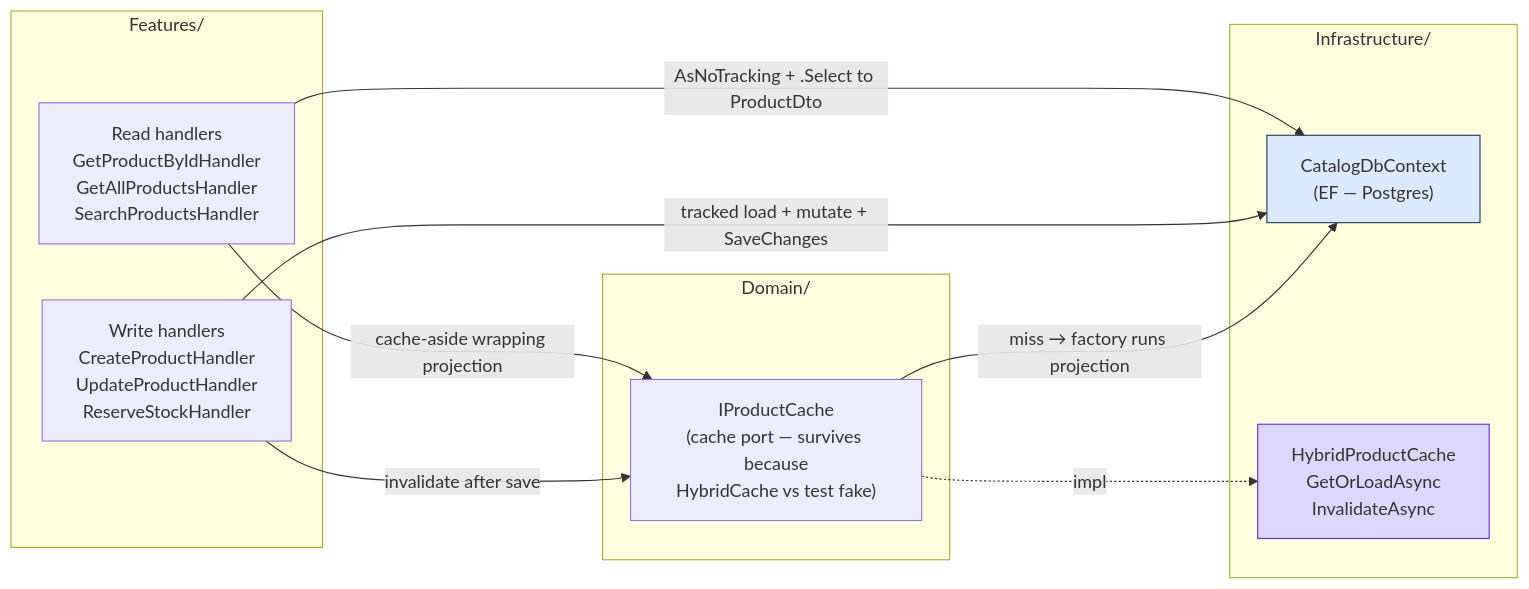
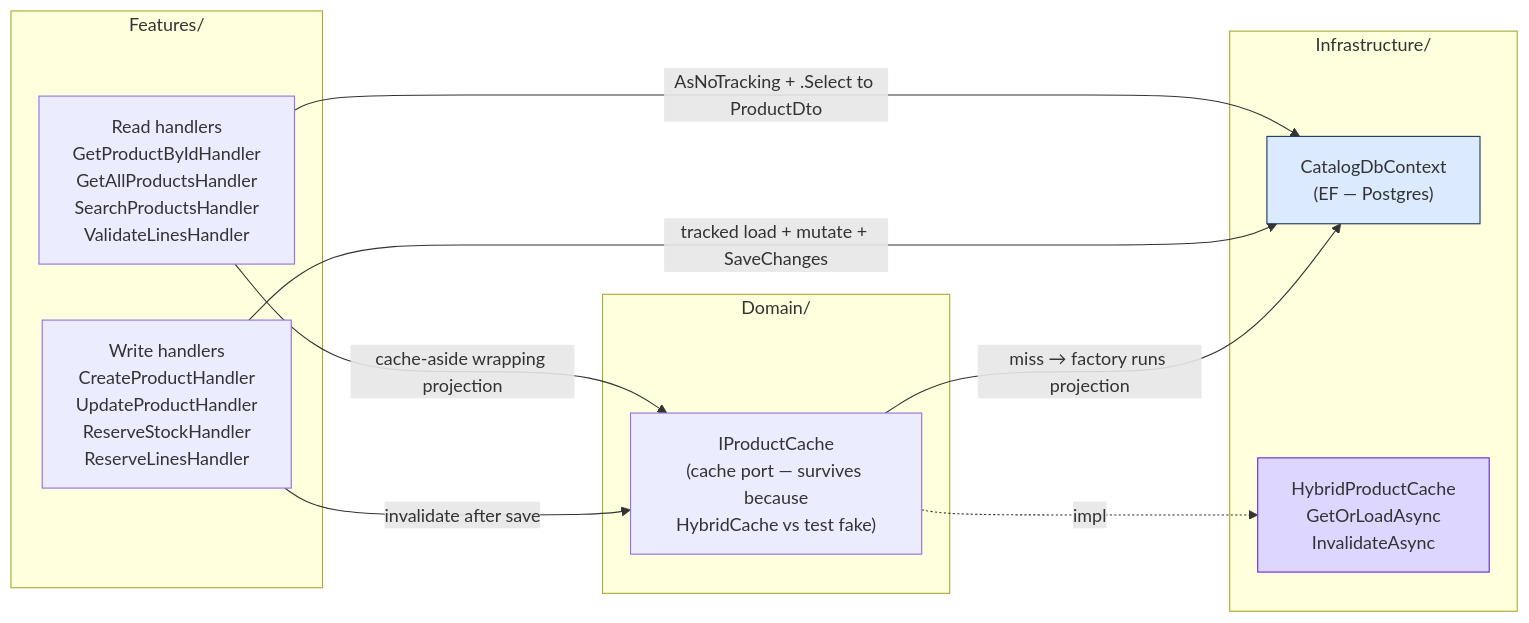
Before and after one commit to emeraldleaf/NextAurora: the fourth of 4 diagrams in docs/code-flows/catalogservice.md, drawn with Mermaid. The commit also changed other lines of this file and 46 other files, not shown here.

````diff
--- a/docs/code-flows/catalogservice.md
+++ b/docs/code-flows/catalogservice.md
@@ -193,27 +193,27 @@
 ```mermaid
 graph LR
     subgraph Domain["Domain/"]
         IPC["IProductCache<br/>(cache port — survives because<br/>HybridCache vs test fake)"]
     end
 
     subgraph Features["Features/"]
-        Readers["Read handlers<br/>GetProductByIdHandler<br/>GetAllProductsHandler<br/>SearchProductsHandler"]
-        Writers["Write handlers<br/>CreateProductHandler<br/>UpdateProductHandler<br/>ReserveStockHandler"]
+        Readers["Read handlers<br/>GetProductByIdHandler<br/>GetAllProductsHandler<br/>SearchProductsHandler<br/>ValidateLinesHandler"]
+        Writers["Write handlers<br/>CreateProductHandler<br/>UpdateProductHandler<br/>ReserveStockHandler<br/>ReserveLinesHandler"]
     end
 
     subgraph Infra["Infrastructure/"]
         Ctx["CatalogDbContext<br/>(EF — Postgres)"]
         HPC["HybridProductCache<br/>GetOrLoadAsync<br/>InvalidateAsync"]
     end
 
     IPC -.->|impl| HPC
 
     Readers -->|AsNoTracking + .Select to ProductDto| Ctx
     Readers -->|cache-aside wrapping projection| IPC
     Writers -->|tracked load + mutate + SaveChanges| Ctx
     Writers -->|invalidate after save| IPC
     IPC -->|miss → factory runs projection| Ctx
 
     style Ctx fill:#dbeafe,stroke:#1e3a5f
     style HPC fill:#ddd6fe,stroke:#6d28d9
 ```
````
